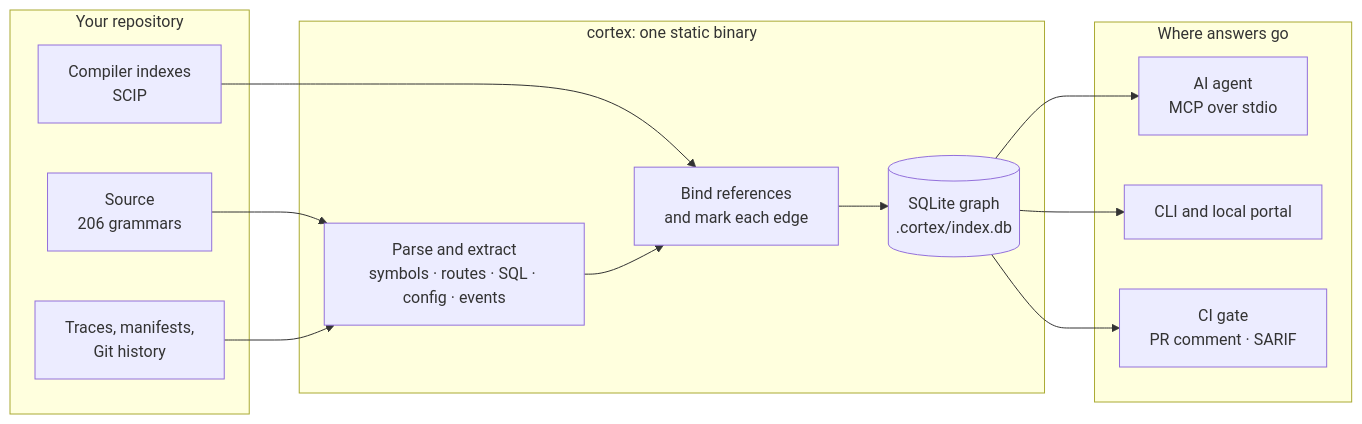
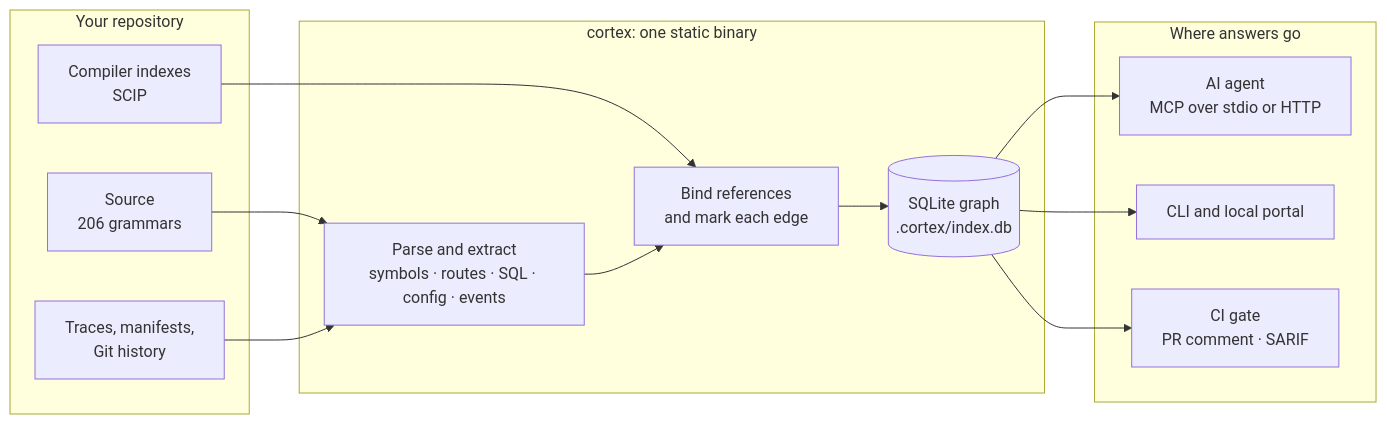
Before and after one commit to satyendrakumarsingh/repocortex: the diagram in README.md, drawn with Mermaid. The commit also changed other lines of this file, not shown here.

Commit message:
docs: README stats strip, agent badges, before-and-after, what's new

````diff
--- a/README.md
+++ b/README.md
@@ -292,25 +379,25 @@
 ```mermaid
 flowchart LR
     subgraph Sources["Your repository"]
         Code["Source<br/>206 grammars"]
         Compiler["Compiler indexes<br/>SCIP"]
         Runtime["Traces, manifests,<br/>Git history"]
     end
     subgraph Engine["cortex: one static binary"]
         Parse["Parse and extract<br/>symbols · routes · SQL · config · events"]
         Resolve["Bind references<br/>and mark each edge"]
         Graph[("SQLite graph<br/>.cortex/index.db")]
     end
     subgraph Use["Where answers go"]
-        Agent["AI agent<br/>MCP over stdio"]
+        Agent["AI agent<br/>MCP over stdio or HTTP"]
         CLI["CLI and local portal"]
         CI["CI gate<br/>PR comment · SARIF"]
     end
     Code --> Parse
     Compiler --> Resolve
     Runtime --> Parse
     Parse --> Resolve --> Graph
     Graph --> Agent
     Graph --> CLI
     Graph --> CI
 ```
````
